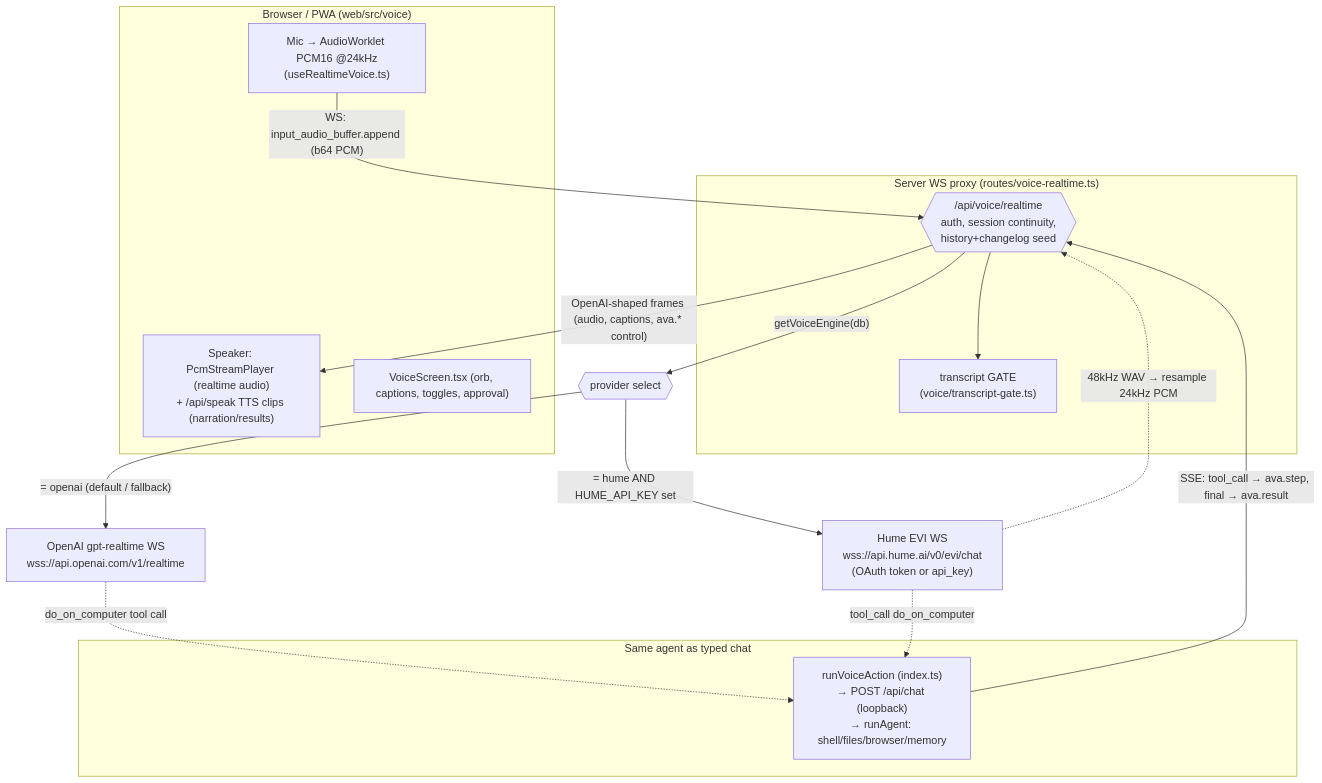
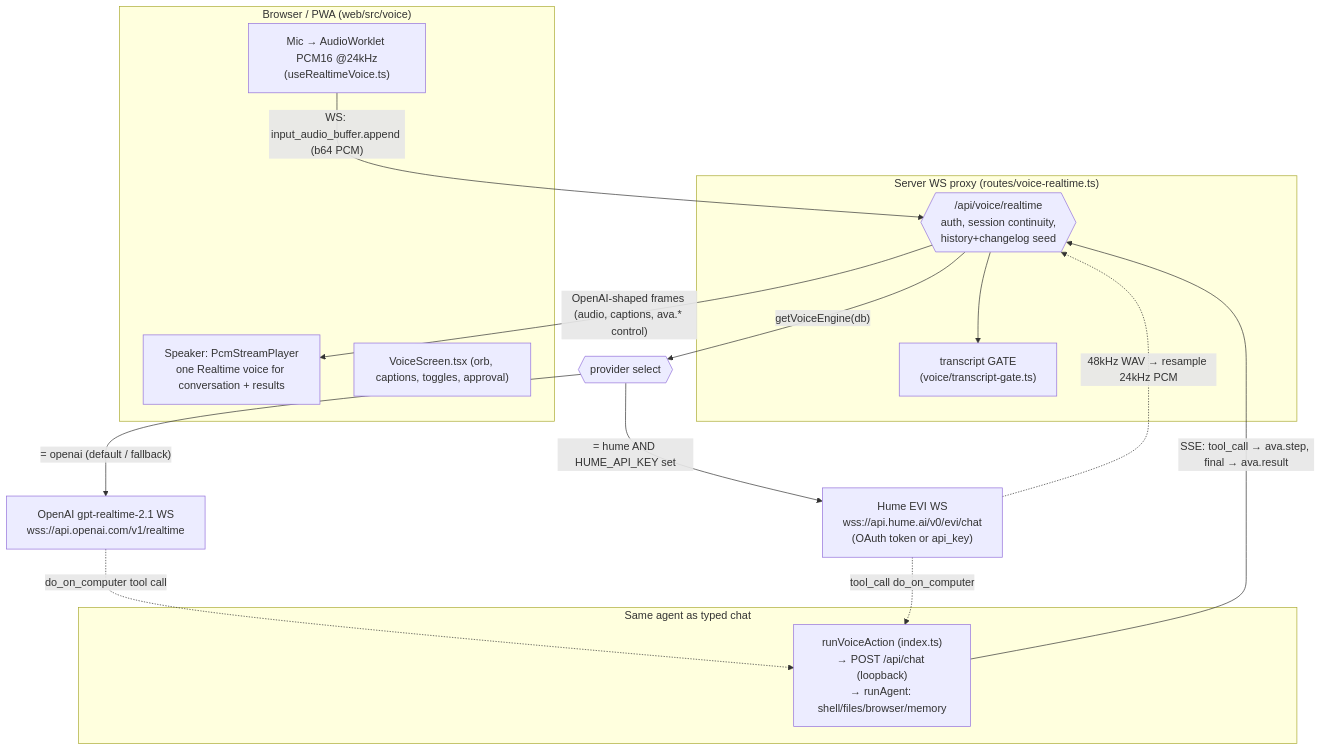
One commit to NikoloziGagua/AVA changed the first of 7 diagrams in docs/architecture/06-voice-pipeline.md. Above: the diagram before and after it, drawn with Mermaid. The commit also changed other lines of this file and 23 other files, not shown here.

````diff
--- a/docs/architecture/06-voice-pipeline.md
+++ b/docs/architecture/06-voice-pipeline.md
@@ -37,32 +37,32 @@
 ```mermaid
 flowchart TD
   subgraph Browser["Browser / PWA (web/src/voice)"]
     MIC["Mic → AudioWorklet PCM16 @24kHz<br/>(useRealtimeVoice.ts)"]
-    SPK["Speaker: PcmStreamPlayer (realtime audio)<br/>+ /api/speak TTS clips (narration/results)"]
+    SPK["Speaker: PcmStreamPlayer<br/>one Realtime voice for conversation + results"]
     UI["VoiceScreen.tsx (orb, captions, toggles, approval)"]
   end
 
   MIC -->|"WS: input_audio_buffer.append (b64 PCM)"| PROXY
   PROXY -->|"OpenAI-shaped frames (audio, captions, ava.* control)"| SPK
 
   subgraph Server["Server WS proxy (routes/voice-realtime.ts)"]
     PROXY{{"/api/voice/realtime<br/>auth, session continuity,<br/>history+changelog seed"}}
     GATE["transcript GATE<br/>(voice/transcript-gate.ts)"]
     PROXY --> GATE
   end
 
   PROXY -->|"getVoiceEngine(db)"| SEL{{"provider select"}}
 
-  SEL -->|"= openai (default / fallback)"| OAI["OpenAI gpt-realtime WS<br/>wss://api.openai.com/v1/realtime"]
+  SEL -->|"= openai (default / fallback)"| OAI["OpenAI gpt-realtime-2.1 WS<br/>wss://api.openai.com/v1/realtime"]
   SEL -->|"= hume AND HUME_API_KEY set"| HUME["Hume EVI WS<br/>wss://api.hume.ai/v0/evi/chat<br/>(OAuth token or api_key)"]
 
   OAI -.->|"do_on_computer tool call"| ACT
   HUME -.->|"tool_call do_on_computer"| ACT
 
   subgraph Agent["Same agent as typed chat"]
     ACT["runVoiceAction (index.ts)<br/>→ POST /api/chat (loopback)<br/>→ runAgent: shell/files/browser/memory"]
   end
 
   ACT -->|"SSE: tool_call → ava.step, final → ava.result"| PROXY
   HUME -.->|"48kHz WAV → resample 24kHz PCM"| PROXY
 ```
````
